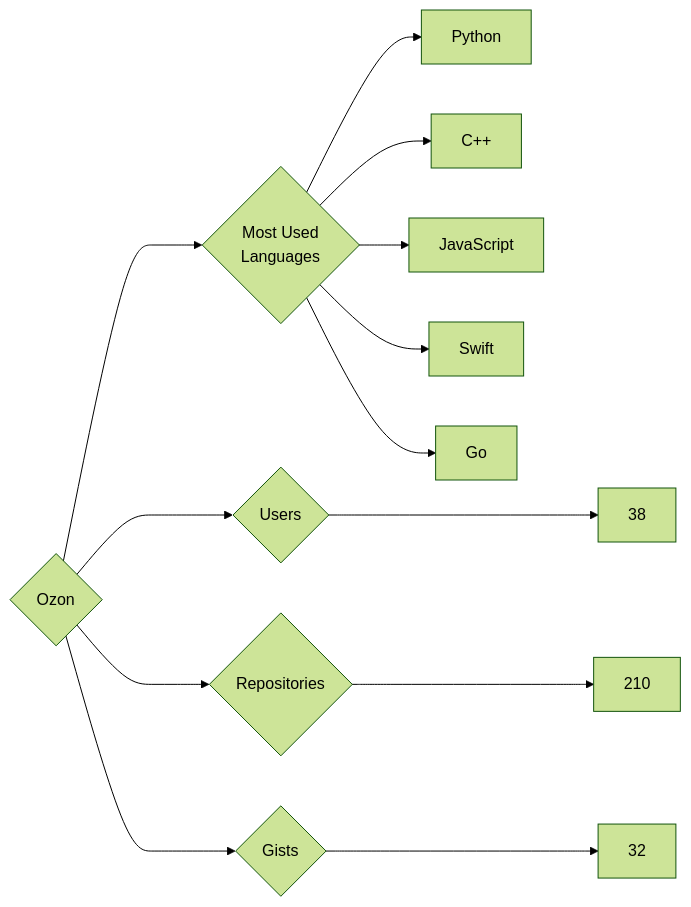
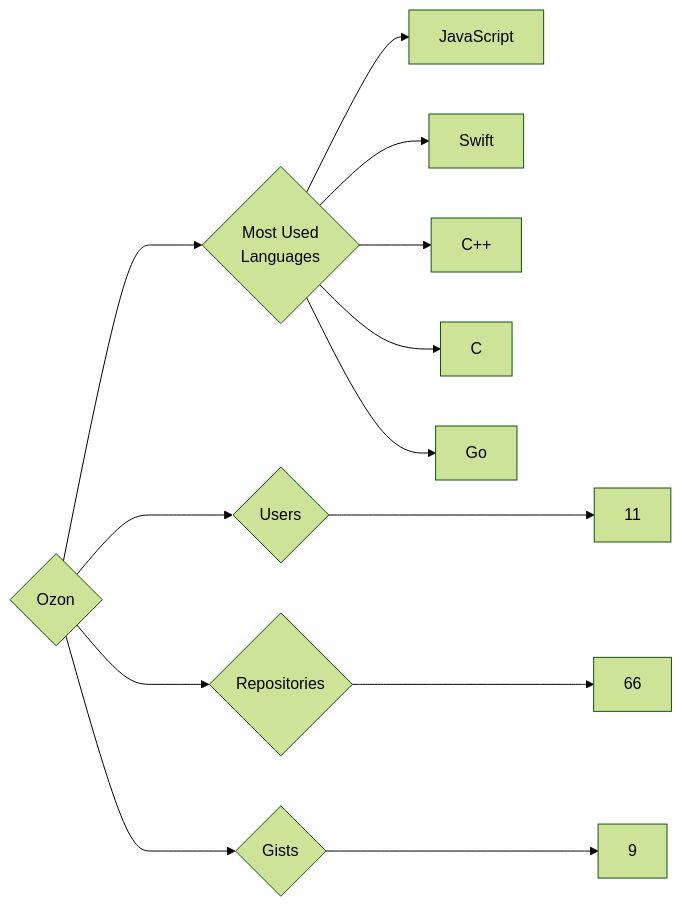
Before and after one commit to trickest/insiders: the diagram in targets/Ozon/README.md, drawn with Mermaid (forest theme). The commit also changed 940 other files, not shown here.

````diff
--- a/targets/Ozon/README.md
+++ b/targets/Ozon/README.md
@@ -3,13 +3,13 @@
 ```mermaid
 graph LR
 COMPANY_NAME{Ozon}
-COMPANY_NAME ---> U{Users} ---> UN[38]
-COMPANY_NAME ---> R{Repositories} ---> RN[210]
-COMPANY_NAME ---> G{Gists} ---> GN[32]
+COMPANY_NAME ---> U{Users} ---> UN[11]
+COMPANY_NAME ---> R{Repositories} ---> RN[66]
+COMPANY_NAME ---> G{Gists} ---> GN[9]
 COMPANY_NAME ---> ML{Most Used<br>Languages}
-ML --> Python[Python]
-ML --> C++[C++]
 ML --> JavaScript[JavaScript]
 ML --> Swift[Swift]
+ML --> C++[C++]
+ML --> C[C]
 ML --> Go[Go]
 ```
````
